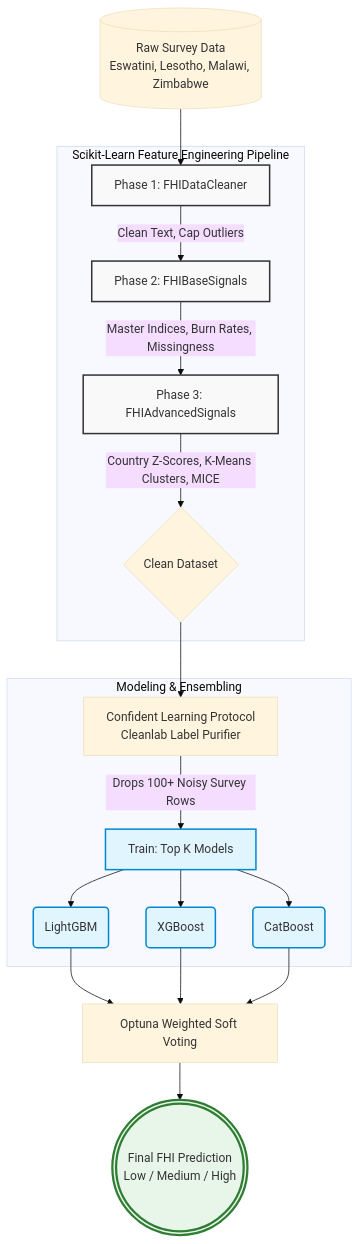
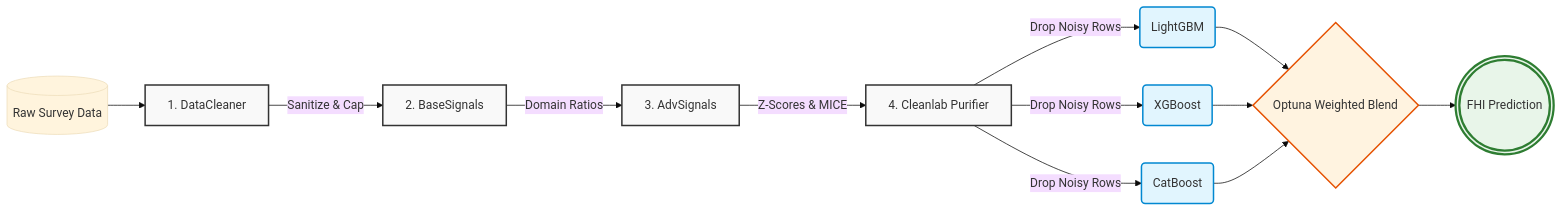
Before and after one commit to Julie-Montague/Financial_Health_Prediction_Challenge: the diagram in README.md, drawn with Mermaid (base theme).

````diff
--- a/README.md
+++ b/README.md
@@ -90,33 +90,24 @@
 ```mermaid
-graph TD
-    A[(Raw Survey Data<br>Eswatini, Lesotho, Malawi, Zimbabwe)] --> B[Phase 1: FHIDataCleaner]
+flowchart LR
+    A[(Raw Survey Data)] --> B[1. DataCleaner]
+    B -->|Sanitize & Cap| C[2. BaseSignals]
+    C -->|Domain Ratios| D[3. AdvSignals]
+    D -->|Z-Scores & MICE| E[4. Cleanlab Purifier]
     
-    subgraph Pipeline [Scikit-Learn Feature Engineering Pipeline]
-        B -->|Clean Text, Cap Outliers| C[Phase 2: FHIBaseSignals]
-        C -->|Master Indices, Burn Rates, Missingness| D[Phase 3: FHIAdvancedSignals]
-        D -->|Country Z-Scores, K-Means Clusters, MICE| E{Clean Dataset}
-    end
+    E -->|Drop Noisy Rows| F(LightGBM)
+    E -->|Drop Noisy Rows| G(XGBoost)
+    E -->|Drop Noisy Rows| H(CatBoost)
     
-    E --> F[Confident Learning Protocol<br>Cleanlab Label Purifier]
-    
-    subgraph Modeling [Modeling & Ensembling]
-        F -->|Drops 100+ Noisy Survey Rows| G[Train: Top K Models]
-        G --> H(LightGBM)
-        G --> I(XGBoost)
-        G --> J(CatBoost)
-    end
-    
-    H --> K[Optuna Weighted Soft Voting]
-    I --> K
-    J --> K
-    
-    K --> L(((Final FHI Prediction<br>Low / Medium / High)))
+    F & G & H --> I{Optuna Weighted Blend}
+    I --> J(((FHI Prediction)))
 
     classDef tool fill:#f9f9f9,stroke:#333,stroke-width:2px;
     classDef model fill:#e1f5fe,stroke:#0288d1,stroke-width:2px;
+    classDef blend fill:#fff3e0,stroke:#e65100,stroke-width:2px;
     classDef target fill:#e8f5e9,stroke:#2e7d32,stroke-width:3px;
     
-    class B,C,D tool;
-    class H,I,J,G model;
-    class L target;
+    class B,C,D,E tool;
+    class F,G,H model;
+    class I blend;
+    class J target;
 ```
````
